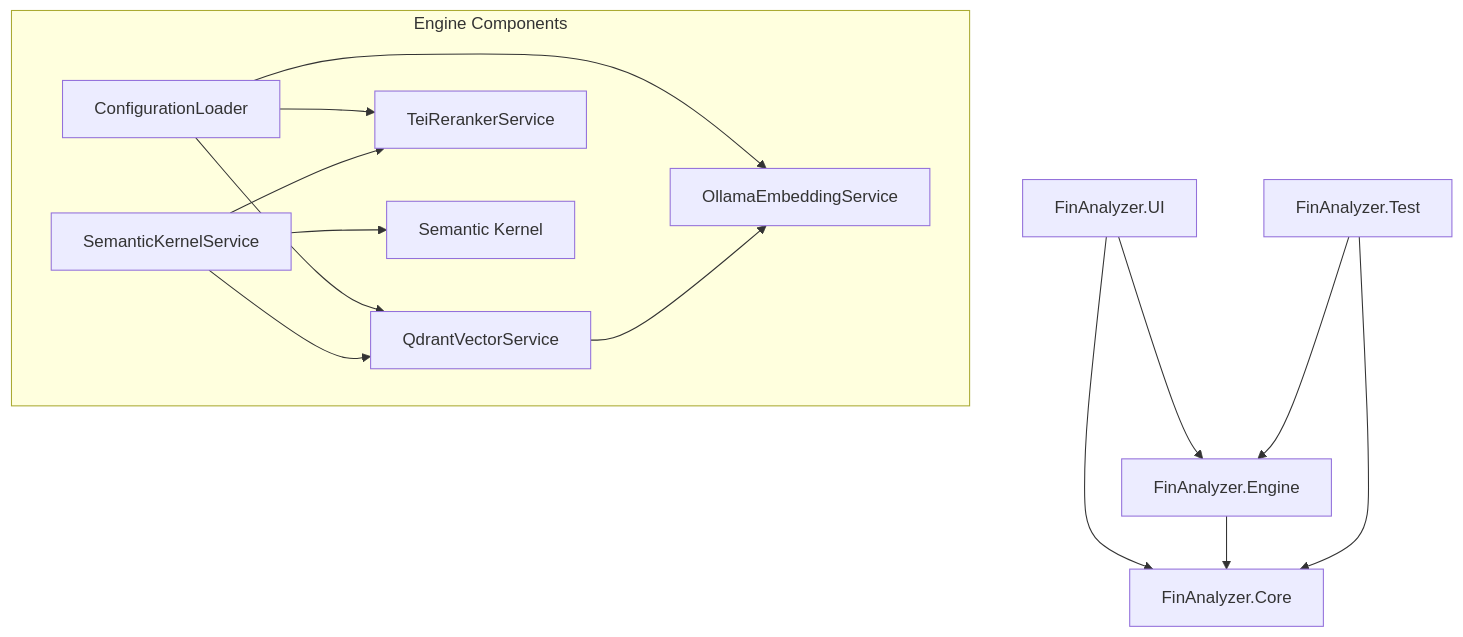
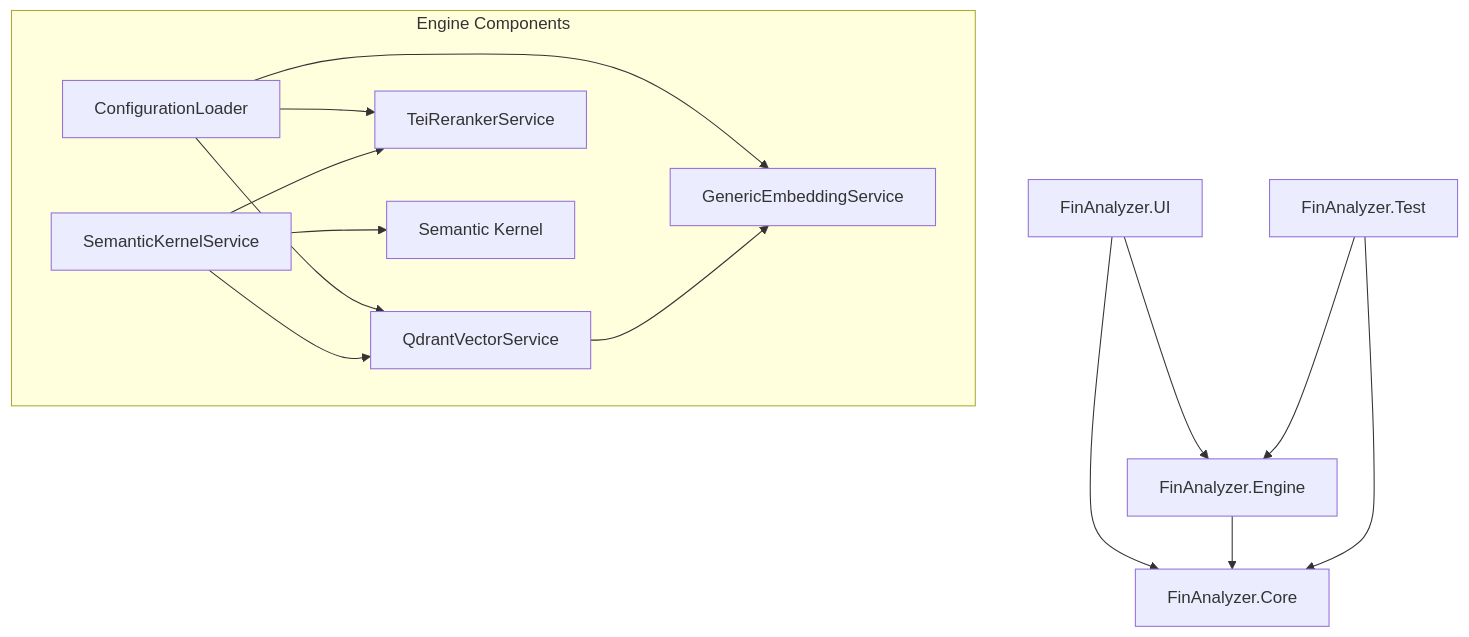
The diagram in docs/ARCHITECTURE.md (jiahao26/FinAnalyzer-Enterprise), drawn with Mermaid before and after one commit. The commit also changed other lines of this file and 28 other files, not shown here.

````diff
--- a/docs/ARCHITECTURE.md
+++ b/docs/ARCHITECTURE.md
@@ -7,18 +7,18 @@
 ```mermaid
 graph TD
     UI[FinAnalyzer.UI] --> Core[FinAnalyzer.Core]
     Engine[FinAnalyzer.Engine] --> Core
     UI --> Engine
     Test[FinAnalyzer.Test] --> Core
     Test --> Engine
 
     subgraph Engine Components
         Config[ConfigurationLoader] --> Q
         Config --> E
         Config --> R
         SK[SemanticKernelService] --> Q[QdrantVectorService]
         SK --> R[TeiRerankerService]
-        Q --> E[OllamaEmbeddingService]
+        Q --> E[GenericEmbeddingService]
         SK --> LLM[Semantic Kernel]
     end
 ```
````
